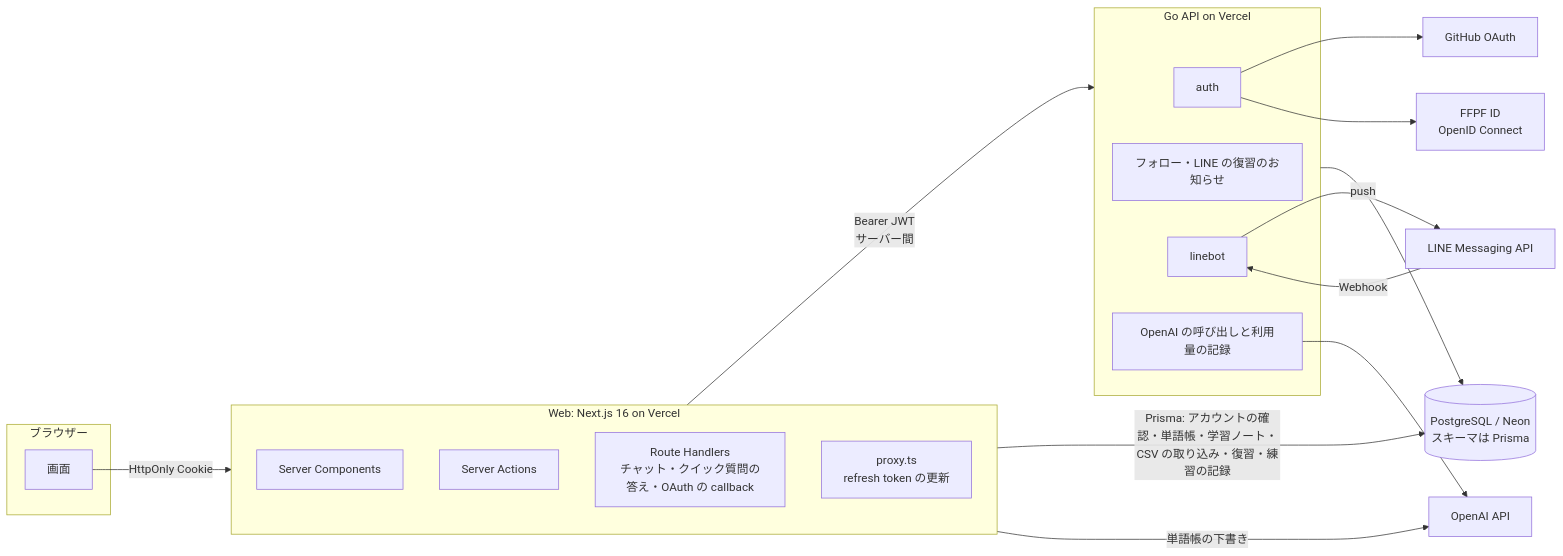
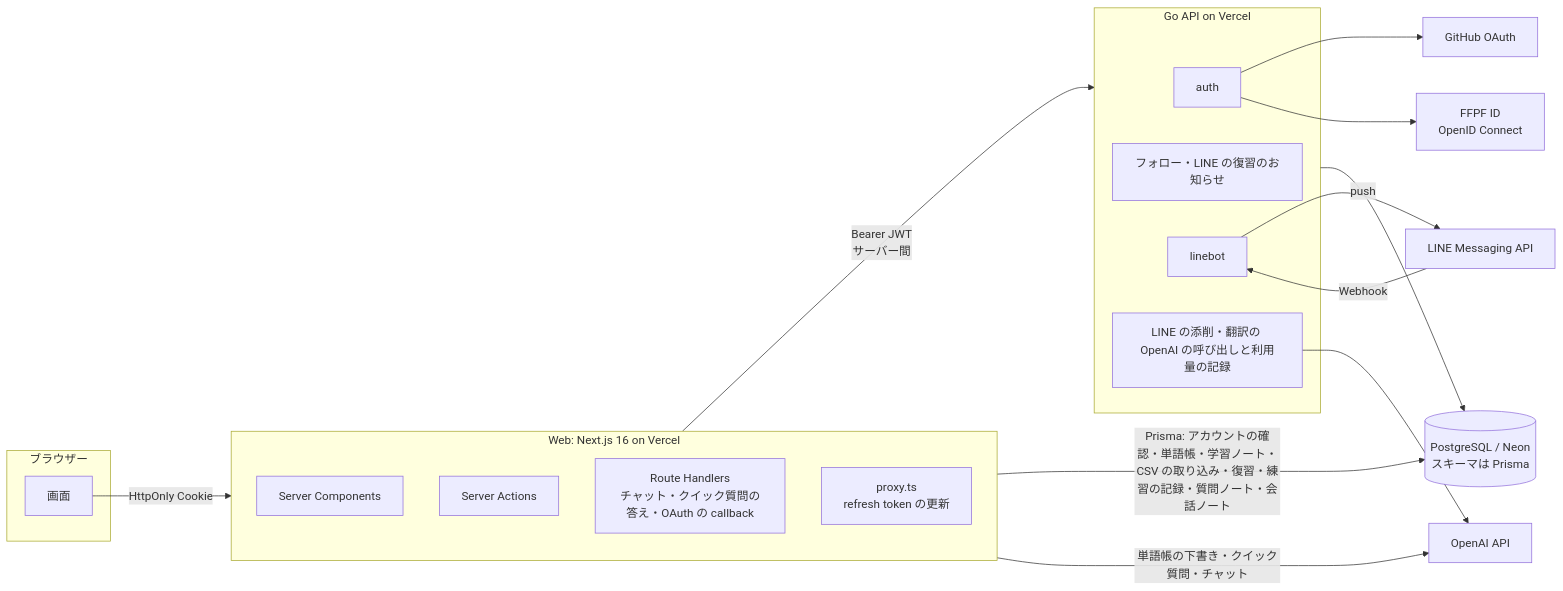
One commit to Sparklingstadt/ffpf-zhuelog changed the first of 2 diagrams in docs/architecture.md. Above: the diagram before and after it, drawn with Mermaid. The commit also changed other lines of this file and 4 other files, not shown here.

````diff
--- a/docs/architecture.md
+++ b/docs/architecture.md
@@ -7,34 +7,34 @@
 ```mermaid
 flowchart LR
   subgraph Browser[ブラウザー]
     UI[画面]
   end
   subgraph Web[Web: Next.js 16 on Vercel]
     RSC[Server Components]
     SA[Server Actions]
     RH[Route Handlers<br/>チャット・クイック質問の答え・OAuth の callback]
     PX[proxy.ts<br/>refresh token の更新]
   end
   subgraph API[Go API on Vercel]
     AUTH[auth]
     DATA[フォロー・LINE の復習のお知らせ]
     LINEBOT[linebot]
-    AI[OpenAI の呼び出しと利用量の記録]
+    AI[LINE の添削・翻訳の OpenAI の呼び出しと利用量の記録]
   end
   DB[(PostgreSQL / Neon<br/>スキーマは Prisma)]
   OpenAI[OpenAI API]
   LINE[LINE Messaging API]
   GH[GitHub OAuth]
   FFPF[FFPF ID<br/>OpenID Connect]
 
   UI -->|HttpOnly Cookie| Web
   Web -->|Bearer JWT<br/>サーバー間| API
   API --> DB
-  Web -->|Prisma: アカウントの確認・単語帳・学習ノート・CSV の取り込み・復習・練習の記録| DB
-  Web -->|単語帳の下書き| OpenAI
+  Web -->|Prisma: アカウントの確認・単語帳・学習ノート・CSV の取り込み・復習・練習の記録・質問ノート・会話ノート| DB
+  Web -->|単語帳の下書き・クイック質問・チャット| OpenAI
   AI --> OpenAI
   LINE -->|Webhook| LINEBOT
   LINEBOT -->|push| LINE
   AUTH --> GH
   AUTH --> FFPF
 ```
````
